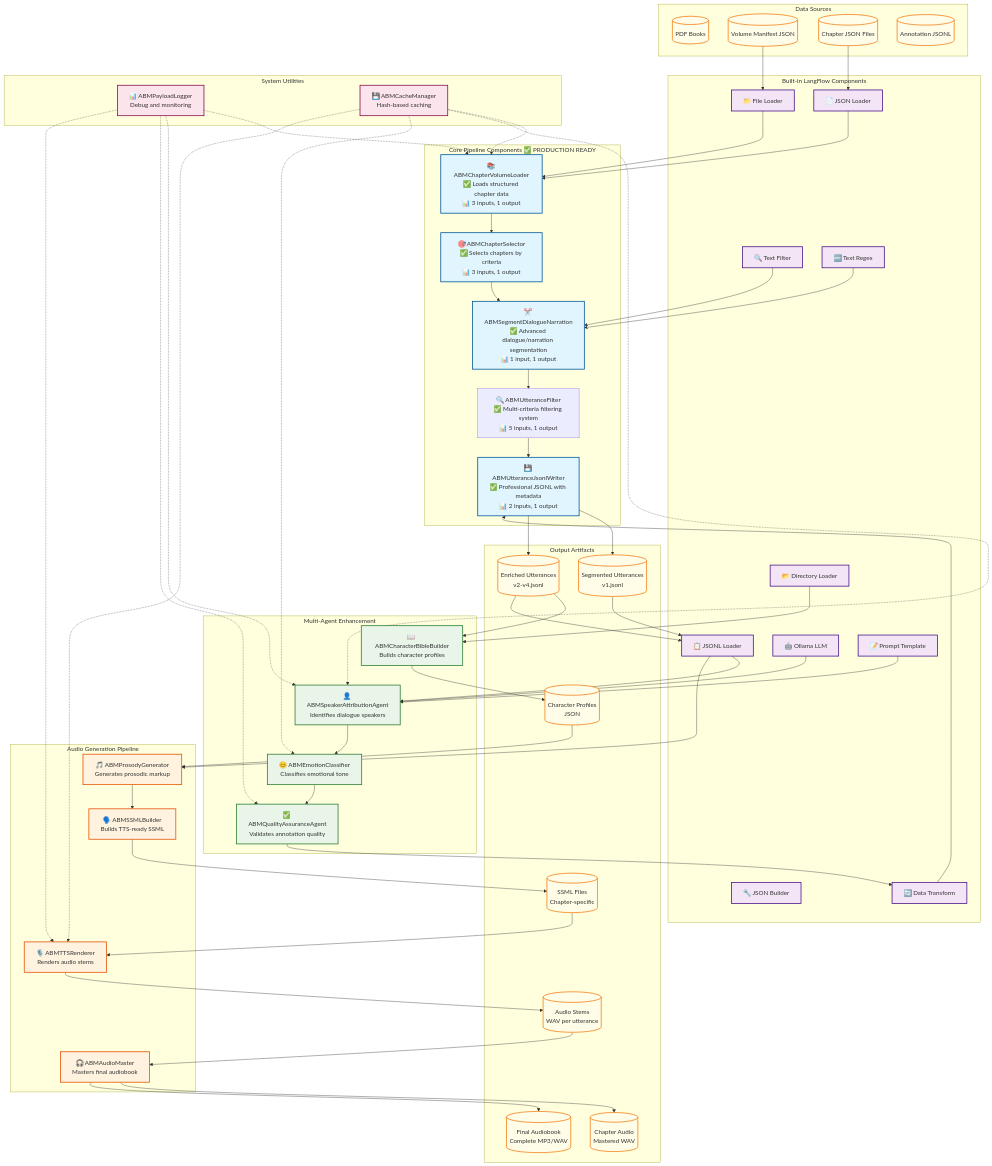
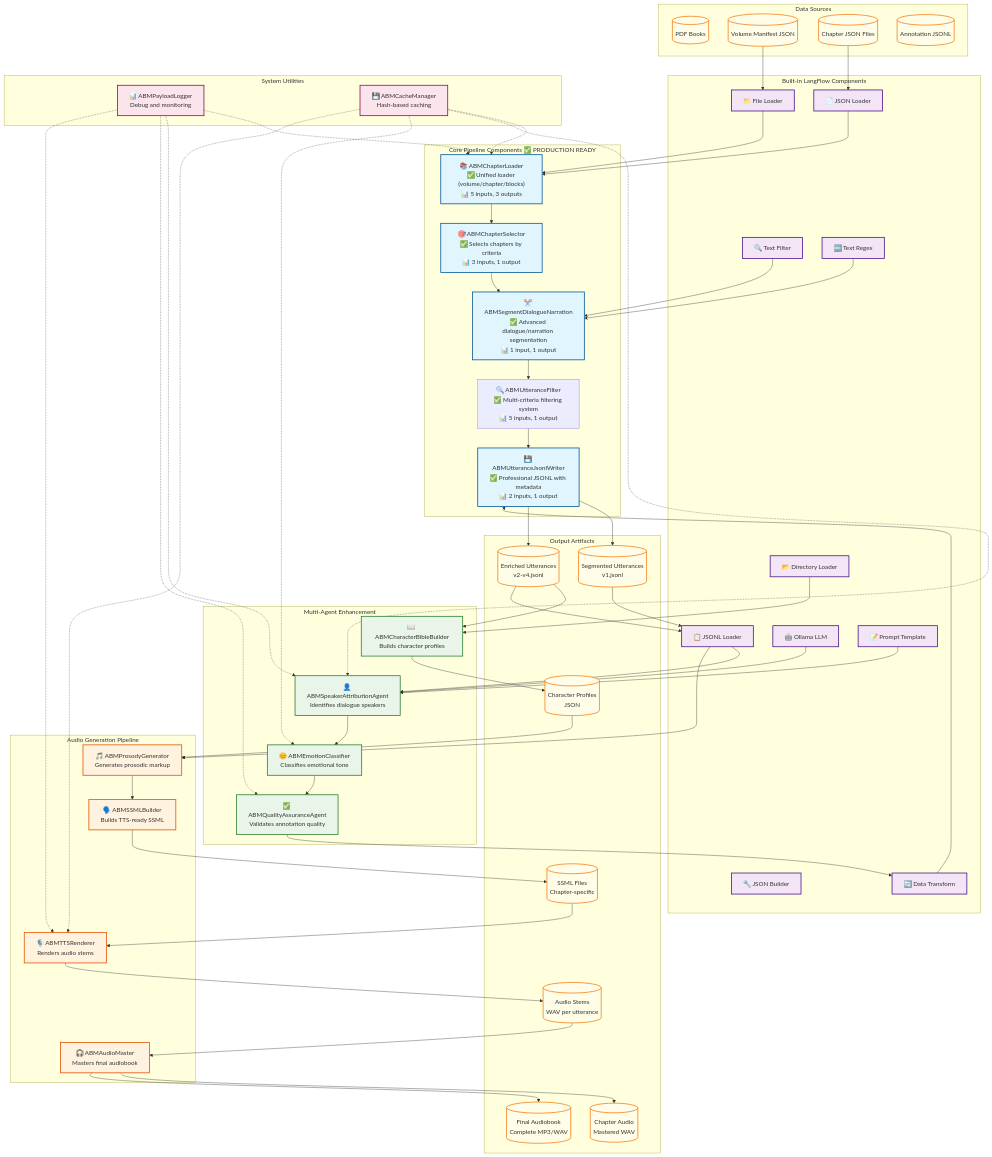
The diagram in docs/04-diagrams/architecture/langflow_architecture.mmd (jwardwell7077/agent-audiobook-maker), drawn with Mermaid before and after one commit. The commit also changed 59 other files, not shown here.

Commit message:
LangFlow components: normalize 0-based indexing and ordering; ChapterLoader slices fixed; DialogueClassifier provider switch; Aggregator deterministic sort; add minimal flow JSON + mermaid; add smoke script; docs tweaks

```diff
--- a/docs/04-diagrams/architecture/langflow_architecture.mmd
+++ b/docs/04-diagrams/architecture/langflow_architecture.mmd
@@ -1,137 +1,137 @@
 %% LangFlow Audiobook Generation Architecture (Final MVP Specification)
 %% Shows the complete audiobook processing pipeline using LangFlow components
 
 graph TB
     %% Data Sources
     subgraph "Data Sources"
         PDF[("PDF Books")]
         VolumeJSON[("Volume Manifest JSON")]
         ChapterJSON[("Chapter JSON Files")]
         AnnotationJSONL[("Annotation JSONL")]
     end
 
     %% Built-in LangFlow Components
     subgraph "Built-in LangFlow Components"
         FileLoader["📁 File Loader"]
         JSONLoader["📄 JSON Loader"]
         JSONLLoader["📋 JSONL Loader"]
         TextFilter["🔍 Text Filter"]
         TextRegex["🔤 Text Regex"]
         OllamaLLM["🤖 Ollama LLM"]
         PromptTemplate["📝 Prompt Template"]
         JSONBuilder["🔧 JSON Builder"]
         DataTransform["🔄 Data Transform"]
         DirectoryLoader["📂 Directory Loader"]
     end
 
     %% Custom ABM Components (Production Ready - August 2025)
     subgraph "Core Pipeline Components ✅ PRODUCTION READY"
-        ChapterLoader["📚 ABMChapterVolumeLoader<br/>✅ Loads structured chapter data<br/>📊 3 inputs, 1 output"]
+    ChapterLoader["📚 ABMChapterLoader<br/>✅ Unified loader (volume/chapter/blocks)<br/>📊 5 inputs, 3 outputs"]
         ChapterSelector["🎯 ABMChapterSelector<br/>✅ Selects chapters by criteria<br/>📊 3 inputs, 1 output"]  
         Segmenter["✂️ ABMSegmentDialogueNarration<br/>✅ Advanced dialogue/narration segmentation<br/>📊 1 input, 1 output"]
         UtteranceFilter["🔍 ABMUtteranceFilter<br/>✅ Multi-criteria filtering system<br/>📊 5 inputs, 1 output"]
         JSONLWriter["💾 ABMUtteranceJsonlWriter<br/>✅ Professional JSONL with metadata<br/>📊 2 inputs, 1 output"]
     end
 
     subgraph "Multi-Agent Enhancement"
         SpeakerAgent["👤 ABMSpeakerAttributionAgent<br/>Identifies dialogue speakers"]
         EmotionAgent["😊 ABMEmotionClassifier<br/>Classifies emotional tone"]
         QAAgent["✅ ABMQualityAssuranceAgent<br/>Validates annotation quality"]
         CharacterBible["📖 ABMCharacterBibleBuilder<br/>Builds character profiles"]
     end
 
     subgraph "Audio Generation Pipeline"
         ProsodyGen["🎵 ABMProsodyGenerator<br/>Generates prosodic markup"]
         SSMLBuilder["🗣️ ABMSSMLBuilder<br/>Builds TTS-ready SSML"]
         TTSRenderer["🎙️ ABMTTSRenderer<br/>Renders audio stems"]
         AudioMaster["🎧 ABMAudioMaster<br/>Masters final audiobook"]
     end
 
     subgraph "System Utilities"
         PayloadLogger["📊 ABMPayloadLogger<br/>Debug and monitoring"]
         CacheManager["💾 ABMCacheManager<br/>Hash-based caching"]
     end
 
     %% Output Artifacts
     subgraph "Output Artifacts"
         SegmentedJSONL[("Segmented Utterances<br/>v1.jsonl")]
         EnrichedJSONL[("Enriched Utterances<br/>v2-v4.jsonl")]
         CharProfiles[("Character Profiles<br/>JSON")]
         SSMLFiles[("SSML Files<br/>Chapter-specific")]
         AudioStems[("Audio Stems<br/>WAV per utterance")]
         ChapterAudio[("Chapter Audio<br/>Mastered WAV")]
         BookAudio[("Final Audiobook<br/>Complete MP3/WAV")]
     end
 
     %% Main Processing Flow - Annotation Pipeline
     VolumeJSON --> FileLoader
     ChapterJSON --> JSONLoader
     FileLoader --> ChapterLoader
     JSONLoader --> ChapterLoader
     ChapterLoader --> ChapterSelector
     ChapterSelector --> Segmenter
     
     %% Text processing integration
     TextRegex --> Segmenter
     TextFilter --> Segmenter
     
     Segmenter --> UtteranceFilter
     UtteranceFilter --> JSONLWriter
     JSONLWriter --> SegmentedJSONL
 
     %% Multi-Agent Enhancement Flow
     SegmentedJSONL --> JSONLLoader
     JSONLLoader --> SpeakerAgent
     
     %% LLM integration for speaker attribution
     OllamaLLM --> SpeakerAgent
     PromptTemplate --> SpeakerAgent
     
     SpeakerAgent --> EmotionAgent
     EmotionAgent --> QAAgent
     QAAgent --> DataTransform
     DataTransform --> JSONLWriter
     JSONLWriter --> EnrichedJSONL
 
     %% Character analysis (multi-chapter)
     DirectoryLoader --> CharacterBible
     EnrichedJSONL --> CharacterBible
     CharacterBible --> CharProfiles
 
     %% Audio Generation Flow
     EnrichedJSONL --> JSONLLoader
     CharProfiles --> ProsodyGen
     JSONLLoader --> ProsodyGen
     ProsodyGen --> SSMLBuilder
     SSMLBuilder --> SSMLFiles
     SSMLFiles --> TTSRenderer
     TTSRenderer --> AudioStems
     AudioStems --> AudioMaster
     AudioMaster --> ChapterAudio
     AudioMaster --> BookAudio
 
     %% Cross-cutting concerns
     CacheManager -.-> ChapterLoader
     CacheManager -.-> SpeakerAgent
     CacheManager -.-> EmotionAgent
     CacheManager -.-> TTSRenderer
     
     PayloadLogger -.-> ChapterLoader
     PayloadLogger -.-> SpeakerAgent
     PayloadLogger -.-> QAAgent
     PayloadLogger -.-> TTSRenderer
 
     %% Styling for final spec
     classDef core fill:#e1f5fe,stroke:#01579b,stroke-width:2px
     classDef multiagent fill:#e8f5e8,stroke:#2e7d32,stroke-width:2px
     classDef audio fill:#fff3e0,stroke:#e65100,stroke-width:2px
     classDef builtin fill:#f3e5f5,stroke:#4a148c,stroke-width:2px
     classDef utility fill:#fce4ec,stroke:#880e4f,stroke-width:2px
     classDef data fill:#fffde7,stroke:#f57f17,stroke-width:2px
 
     class ChapterLoader,ChapterSelector,Segmenter,JSONLWriter core
     class SpeakerAgent,EmotionAgent,QAAgent,CharacterBible multiagent
     class ProsodyGen,SSMLBuilder,TTSRenderer,AudioMaster audio
     class FileLoader,JSONLoader,JSONLLoader,TextFilter,TextRegex,OllamaLLM,PromptTemplate,JSONBuilder,DataTransform,DirectoryLoader builtin
     class PayloadLogger,CacheManager utility
     class PDF,VolumeJSON,ChapterJSON,AnnotationJSONL,SegmentedJSONL,EnrichedJSONL,CharProfiles,SSMLFiles,AudioStems,ChapterAudio,BookAudio data
```
